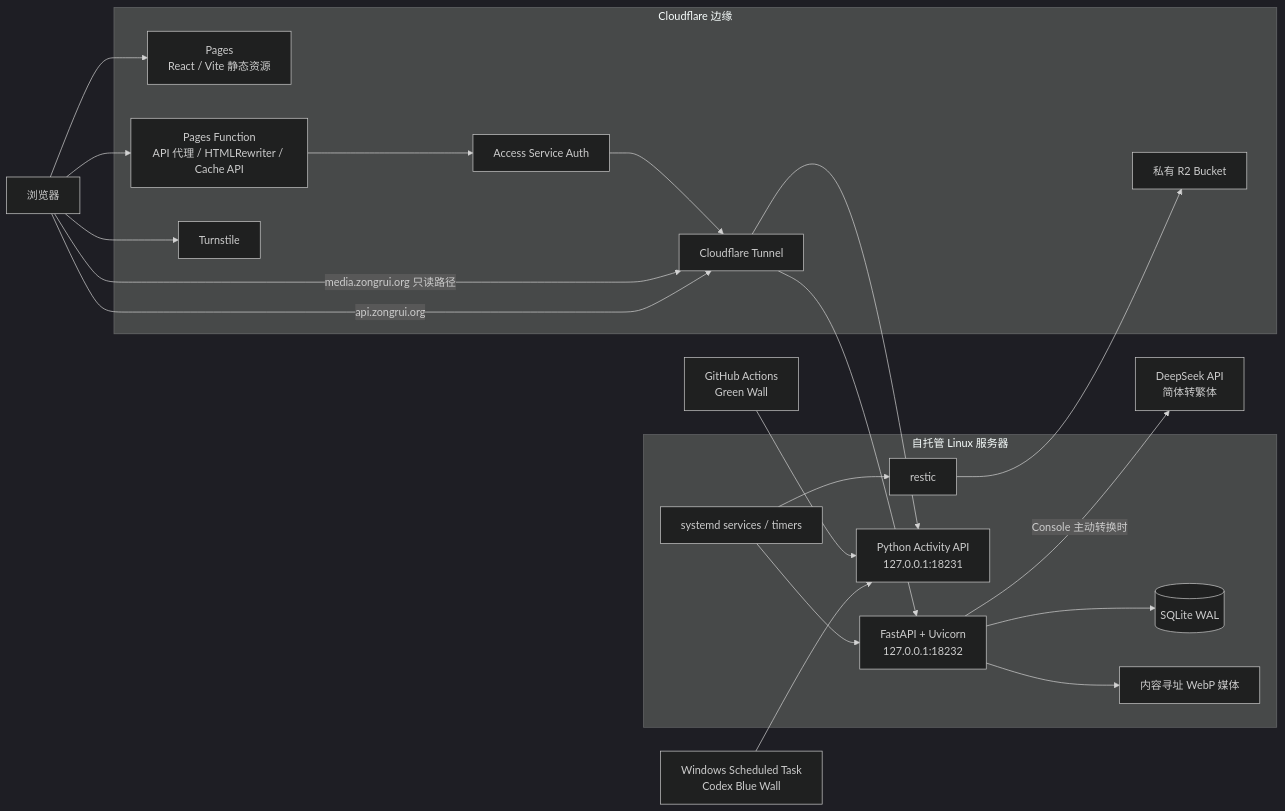
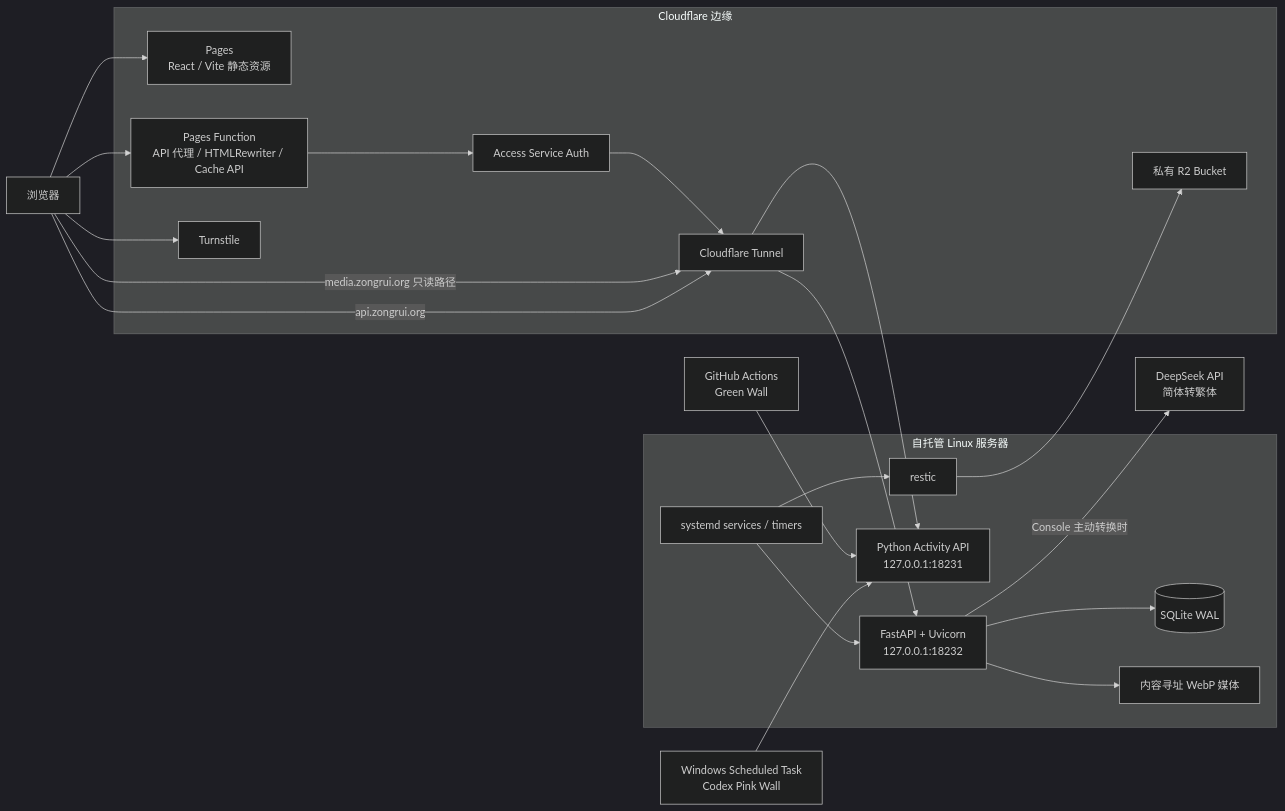
The diagram in README.md (ZONGRUICHD/zongrui.org), drawn with Mermaid (dark theme) before and after one commit. The commit also changed other lines of this file and 8 other files, not shown here.

````diff
--- a/README.md
+++ b/README.md
@@ -13,40 +13,40 @@
 ```mermaid
 flowchart LR
     U["浏览器"]
 
     subgraph CF["Cloudflare 边缘"]
         P["Pages<br/>React / Vite 静态资源"]
         F["Pages Function<br/>API 代理 / HTMLRewriter / Cache API"]
         A["Access Service Auth"]
         T["Cloudflare Tunnel"]
         TS["Turnstile"]
         R2["私有 R2 Bucket"]
     end
 
     subgraph HOME["自托管 Linux 服务器"]
         API["FastAPI + Uvicorn<br/>127.0.0.1:18232"]
         DB[("SQLite WAL")]
         MEDIA["内容寻址 WebP 媒体"]
         WALL["Python Activity API<br/>127.0.0.1:18231"]
         TIMER["systemd services / timers"]
         RESTIC["restic"]
     end
 
     GH["GitHub Actions<br/>Green Wall"]
-    WIN["Windows Scheduled Task<br/>Codex Blue Wall"]
+    WIN["Windows Scheduled Task<br/>Codex Pink Wall"]
     DS["DeepSeek API<br/>简体转繁体"]
 
     U --> P
     U --> F
     F --> A --> T --> API
     U -->|"media.zongrui.org 只读路径"| T
     U --> TS
     API --> DB
     API --> MEDIA
     TIMER --> API
     TIMER --> RESTIC --> R2
     U -->|"api.zongrui.org"| T --> WALL
     GH --> WALL
     WIN --> WALL
     API -->|"Console 主动转换时"| DS
 ```
````
